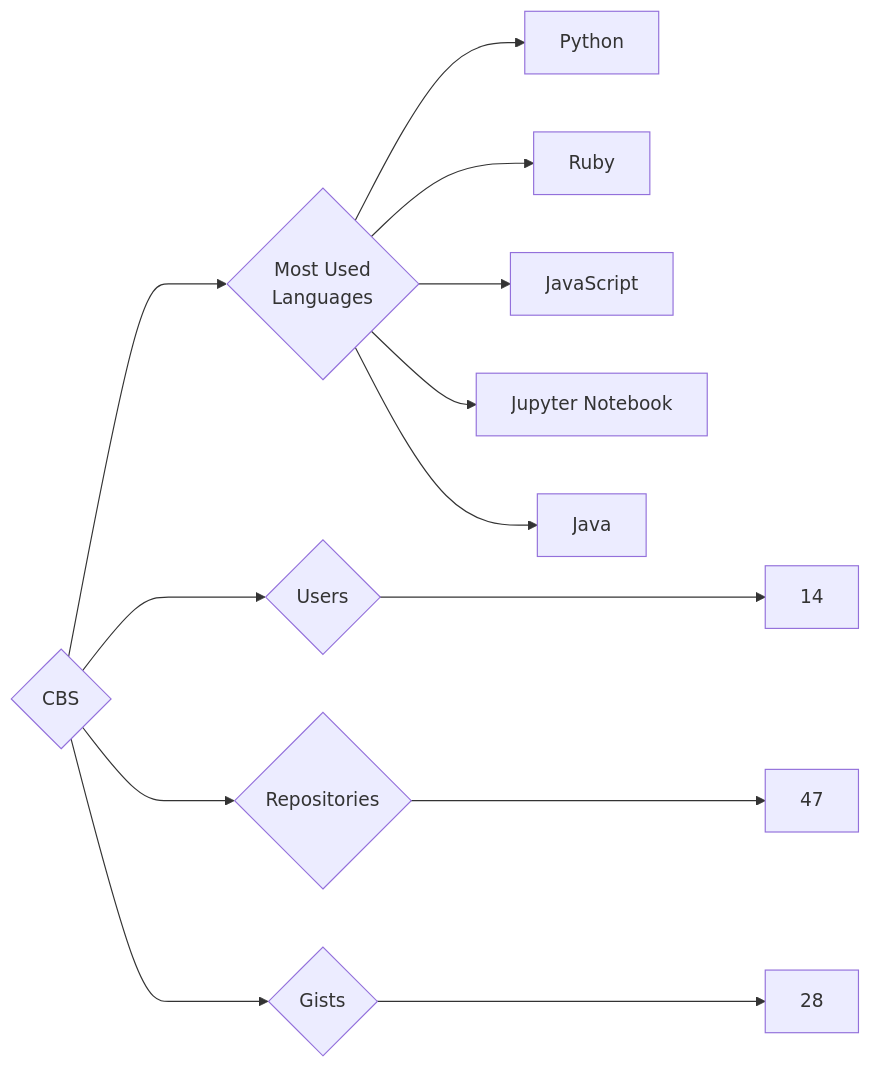
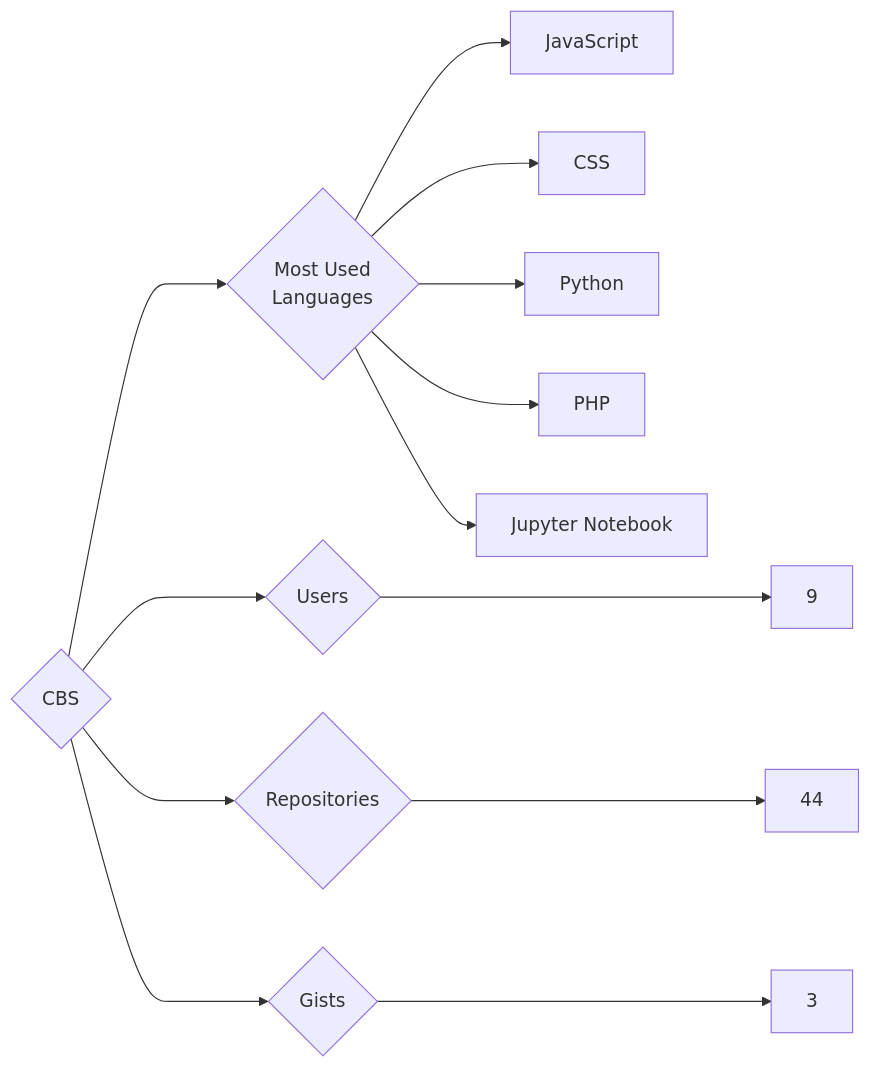
One commit to trickest/insiders changed the diagram in targets/CBS/README.md. Above: the diagram before and after it, drawn with Mermaid. The commit also changed 984 other files, not shown here.

````diff
--- a/targets/CBS/README.md
+++ b/targets/CBS/README.md
@@ -3,13 +3,13 @@
 ```mermaid
 graph LR
 COMPANY_NAME{CBS}
-COMPANY_NAME ---> U{Users} ---> UN[14]
-COMPANY_NAME ---> R{Repositories} ---> RN[47]
-COMPANY_NAME ---> G{Gists} ---> GN[28]
+COMPANY_NAME ---> U{Users} ---> UN[9]
+COMPANY_NAME ---> R{Repositories} ---> RN[44]
+COMPANY_NAME ---> G{Gists} ---> GN[3]
 COMPANY_NAME ---> ML{Most Used<br>Languages}
+ML --> JavaScript[JavaScript]
+ML --> CSS[CSS]
 ML --> Python[Python]
-ML --> Ruby[Ruby]
-ML --> JavaScript[JavaScript]
+ML --> PHP[PHP]
 ML --> Jupyter_Notebook[Jupyter Notebook]
-ML --> Java[Java]
 ```
````
